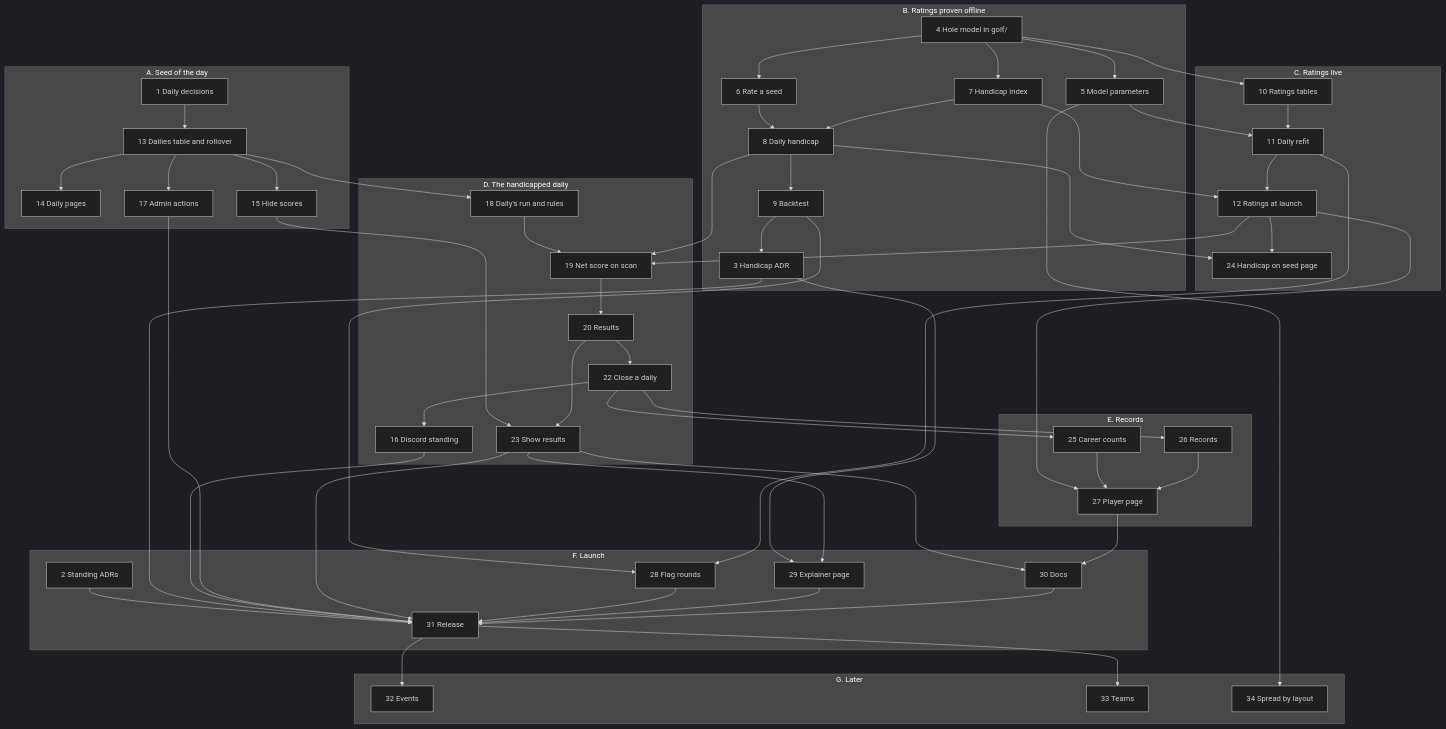
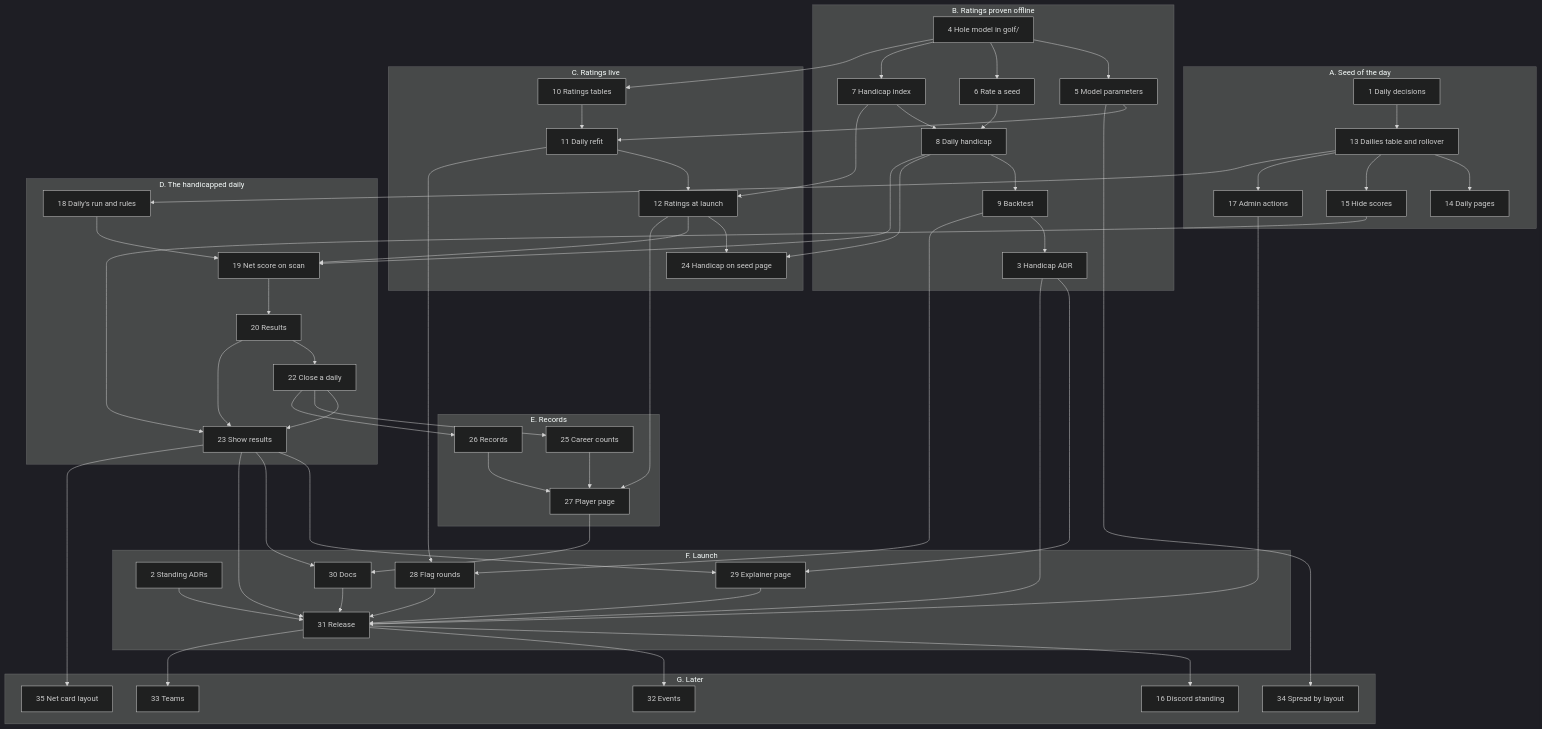
The diagram in docs/competitive/implementation_plan.md (jcsmithga/nes-open-tools), drawn with Mermaid (dark theme) before and after one commit. The commit also changed other lines of this file and 28 other files, not shown here.

````diff
--- a/docs/competitive/implementation_plan.md
+++ b/docs/competitive/implementation_plan.md
@@ -111,74 +112,75 @@
 ```mermaid
 flowchart TD
     subgraph A[A. Seed of the day]
         t1[1 Daily decisions]
         t13[13 Dailies table and rollover]
         t14[14 Daily pages]
         t15[15 Hide scores]
         t17[17 Admin actions]
     end
     subgraph B[B. Ratings proven offline]
         t4[4 Hole model in golf/]
         t5[5 Model parameters]
         t6[6 Rate a seed]
         t7[7 Handicap index]
         t8[8 Daily handicap]
         t9[9 Backtest]
         t3[3 Handicap ADR]
     end
     subgraph C[C. Ratings live]
         t10[10 Ratings tables]
         t11[11 Daily refit]
         t12[12 Ratings at launch]
         t24[24 Handicap on seed page]
     end
     subgraph D[D. The handicapped daily]
         t18[18 Daily's run and rules]
         t19[19 Net score on scan]
         t20[20 Results]
         t22[22 Close a daily]
-        t16[16 Discord standing]
         t23[23 Show results]
     end
     subgraph E[E. Records]
         t25[25 Career counts]
         t26[26 Records]
         t27[27 Player page]
     end
     subgraph F[F. Launch]
         t2[2 Standing ADRs]
         t28[28 Flag rounds]
         t29[29 Explainer page]
         t30[30 Docs]
         t31[31 Release]
     end
     subgraph G[G. Later]
+        t16[16 Discord standing]
         t32[32 Events]
         t33[33 Teams]
         t34[34 Spread by layout]
+        t35[35 Net card layout]
     end
 
     t1 --> t13
     t13 --> t14 & t15 & t17
     t4 --> t5 & t6 & t7 & t10
     t6 & t7 --> t8
     t8 --> t9
     t9 --> t3
     t5 & t10 --> t11
     t7 & t11 --> t12
     t8 & t12 --> t24
     t13 --> t18
     t8 & t12 & t18 --> t19
     t19 --> t20
     t20 --> t22
-    t22 --> t16
-    t15 & t20 --> t23
+    t15 & t20 & t22 --> t23
     t22 --> t25 & t26
     t12 & t25 & t26 --> t27
     t9 & t11 --> t28
     t3 & t23 --> t29
     t23 & t27 --> t30
-    t2 & t3 & t16 & t17 & t23 & t28 & t29 & t30 --> t31
-    t31 --> t32 & t33
+    t2 & t3 & t17 & t23 & t28 & t29 & t30 --> t31
+    t31 --> t16 & t32 & t33
     t5 --> t34
+    t23 --> t35
 ```
````
